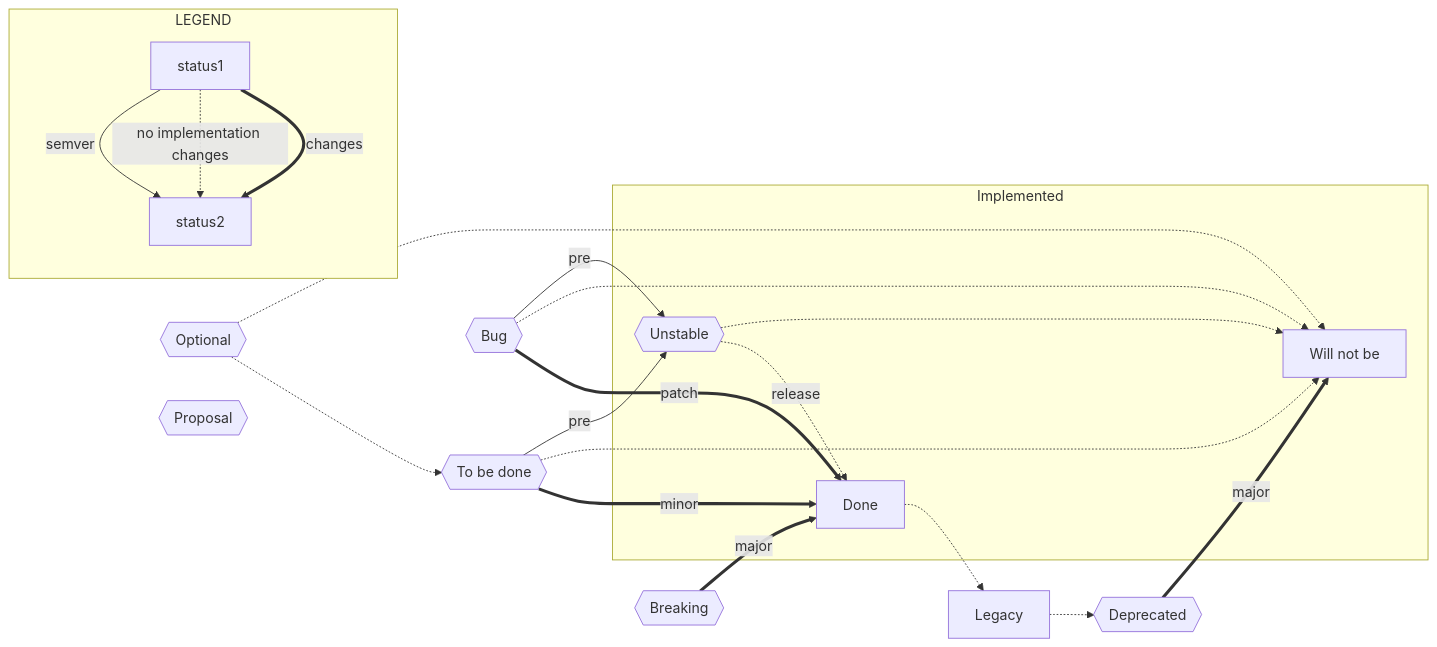
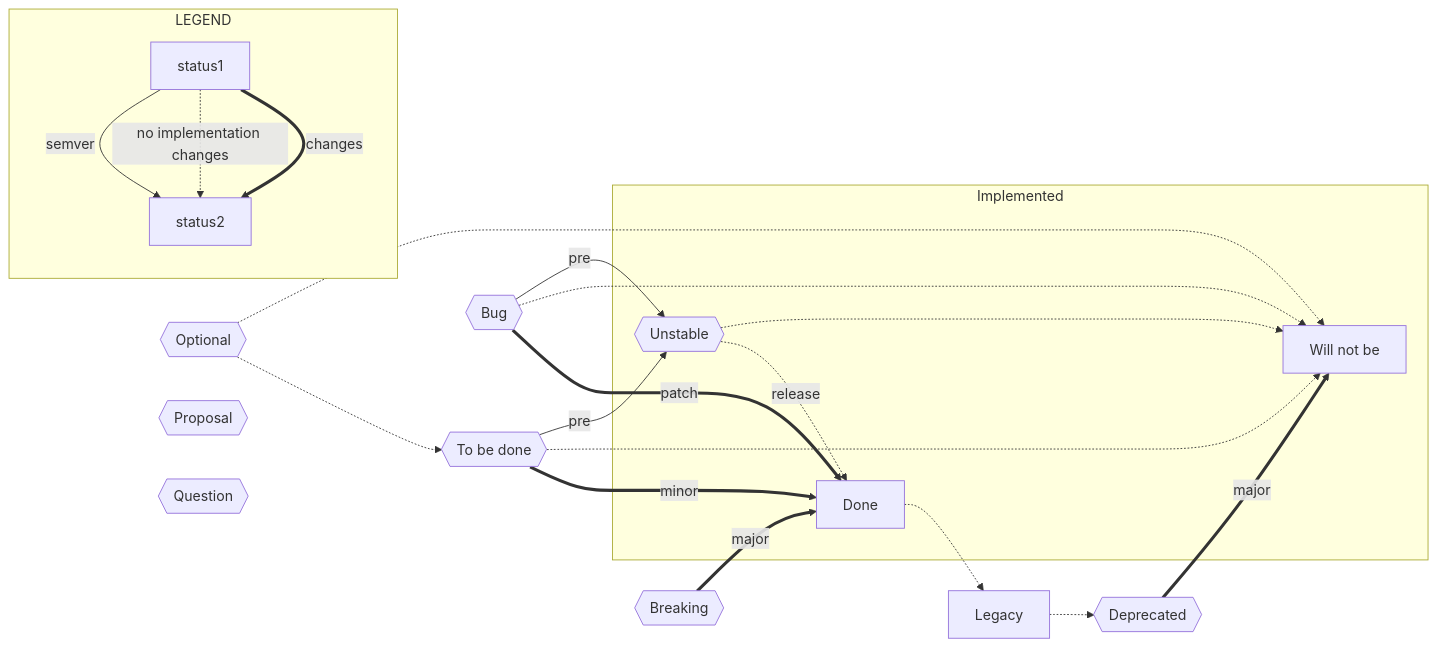
Before and after one commit to askirmas/jcss: the diagram in doctest/README.md, drawn with Mermaid. The commit also changed other lines of this file, not shown here.

Commit message:
Add 'question' in statuses consideration

````diff
--- a/doctest/README.md
+++ b/doctest/README.md
@@ -20,43 +21,43 @@
 ```mermaid
 graph LR
 
 subgraph LEGEND
 status1 --semver--> status2
 status1 -.no implementation changes.-> status2
 status1 ==changes==> status2
 end
 
 subgraph Implemented
 DONE[Done]
 UNST{{Unstable}}
 WONT[Will not be]
 end
 LEG[Legacy]
 DEPR{{Deprecated}}
 TBD{{To be done}}
 BUG{{Bug}}
 OPT{{Optional}}
 PROP{{Proposal}}
 BRK{{Breaking}}
+QUEST{{Question}}
 
 DEPR ==major==> WONT
 LEG -.-> DEPR
 DONE -.-> LEG
 
 UNST -.release.-> DONE
 UNST -.-> WONT
 
 TBD ==minor==> DONE
 TBD -.-> WONT
 BUG ==patch==> DONE
 BUG -.-> WONT
 
 TBD --pre--> UNST
 BUG --pre--> UNST
 
 OPT -.-> TBD
 OPT -.-> WONT
 
-
 BRK ==major==> DONE 
 ```
````
